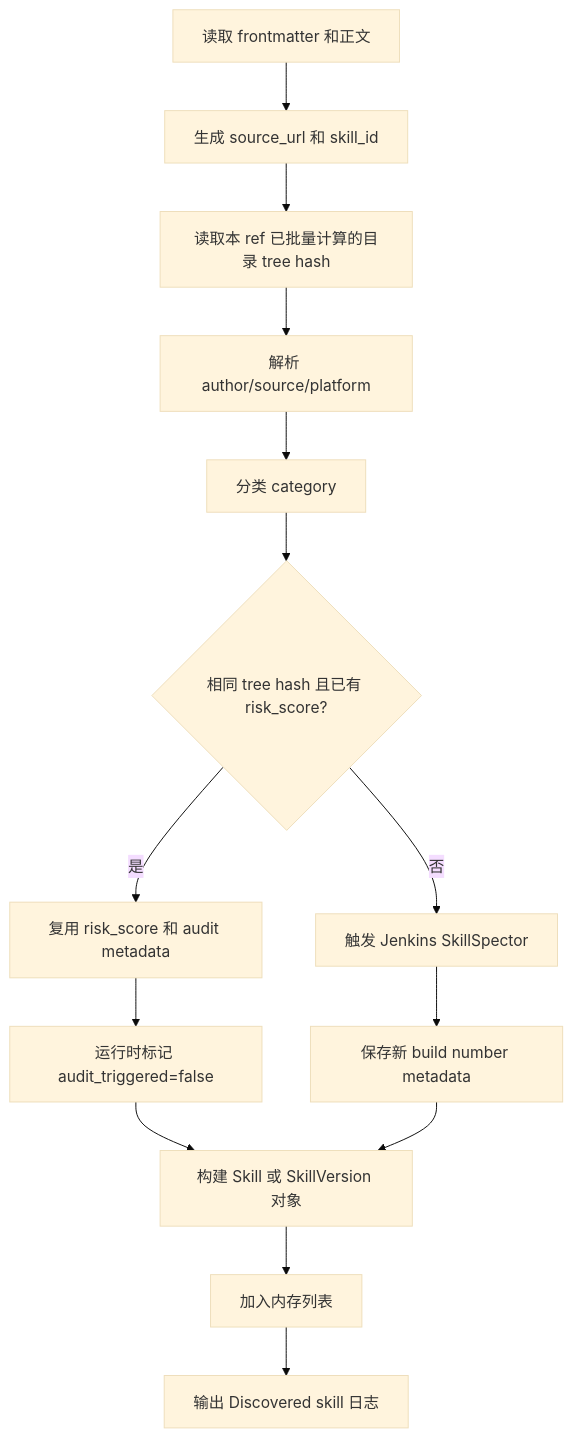
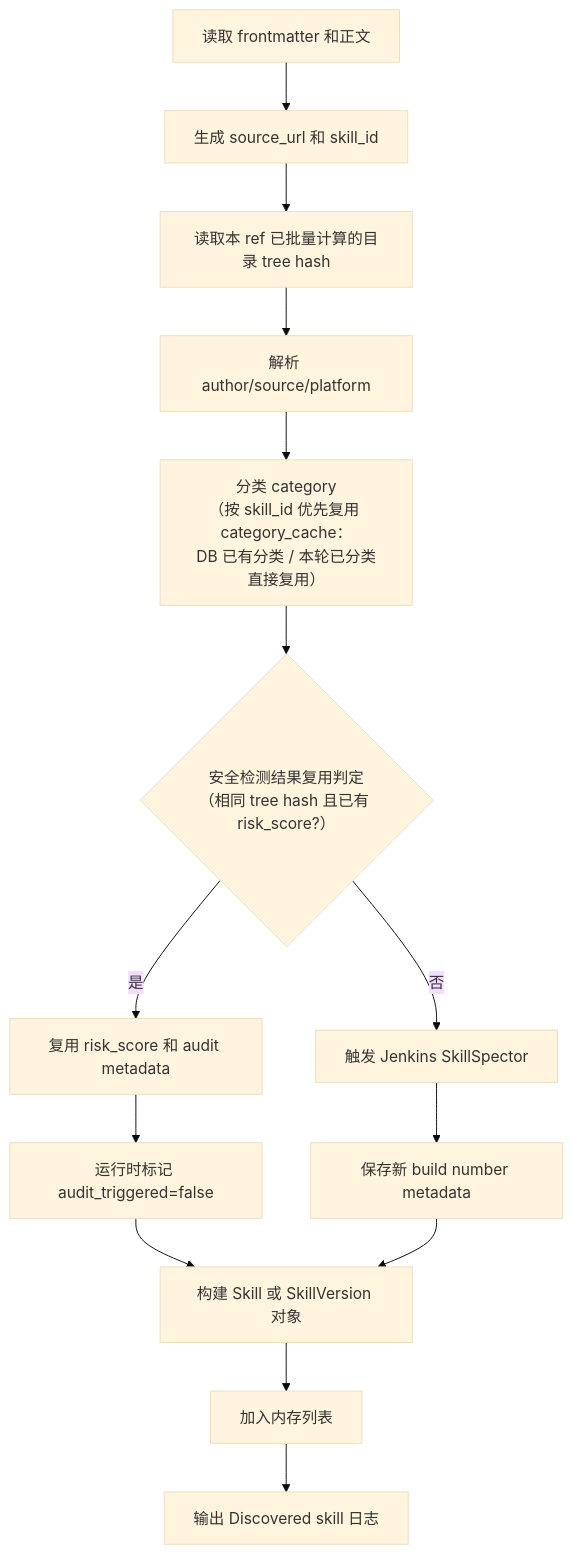
One commit to openeuler-mirror/wittyhub changed the fourth of 8 diagrams in doc/design/skillcrawler-discover-design.md. Above: the diagram before and after it, drawn with Mermaid (base theme). The commit also changed other lines of this file and 2 other files, not shown here.

````diff
--- a/doc/design/skillcrawler-discover-design.md
+++ b/doc/design/skillcrawler-discover-design.md
@@ -593,16 +611,16 @@
 ```mermaid
 flowchart TD
     A[读取 frontmatter 和正文] --> B[生成 source_url 和 skill_id]
     B --> C[读取本 ref 已批量计算的目录 tree hash]
     C --> D[解析 author/source/platform]
-    D --> E[分类 category]
-    E --> F{相同 tree hash 且已有 risk_score?}
+    D --> E["分类 category<br/>（按 skill_id 优先复用 category_cache：<br/>DB 已有分类 / 本轮已分类直接复用）"]
+    E --> F{安全检测结果复用判定<br/>（相同 tree hash 且已有 risk_score?）}
     F -->|是| G[复用 risk_score 和 audit metadata]
     F -->|否| H[触发 Jenkins SkillSpector]
     G --> I[运行时标记 audit_triggered=false]
     H --> J[保存新 build number metadata]
     I --> K[构建 Skill 或 SkillVersion 对象]
     J --> K
     K --> L[加入内存列表]
     L --> M[输出 Discovered skill 日志]
 ```
````
